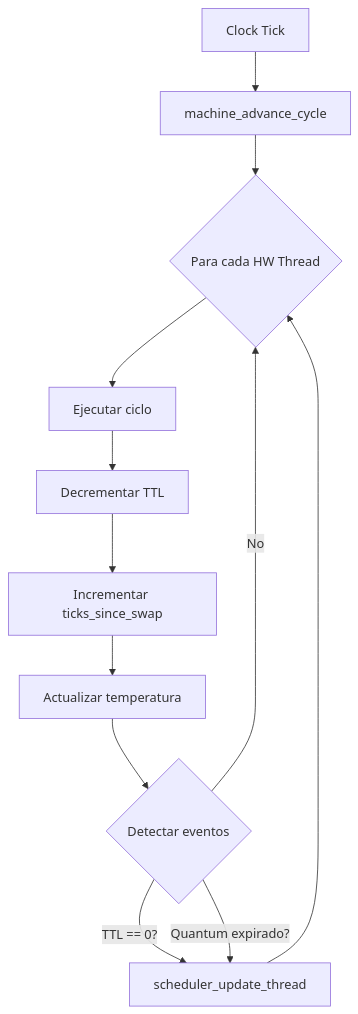
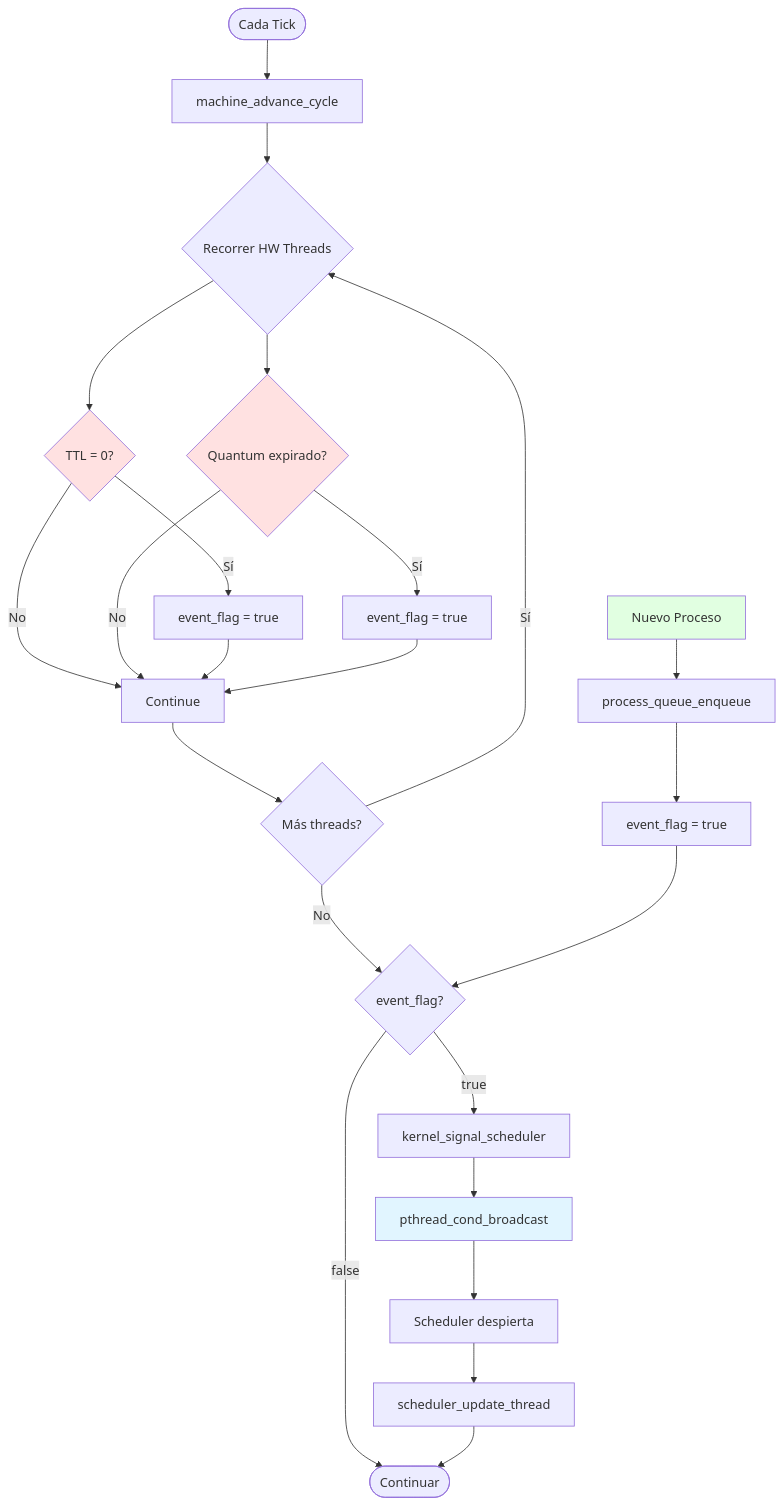
The first of 3 diagrams in docs/sections/02-parte2-scheduler.md (KingJorjai/churrOS), drawn with Mermaid before and after one commit. The commit also changed other lines of this file and 3 other files, not shown here.

````diff
--- a/docs/sections/02-parte2-scheduler.md
+++ b/docs/sections/02-parte2-scheduler.md
@@ -23,14 +17,36 @@
 ```{.mermaid format=pdf}
 flowchart TD
-    CT[Clock Tick] --> MAC[machine_advance_cycle]
-    MAC --> LOOP{Para cada HW Thread}
-    LOOP --> EXEC[Ejecutar ciclo]
-    EXEC --> DEC[Decrementar TTL]
-    DEC --> INC[Incrementar ticks_since_swap]
-    INC --> TEMP[Actualizar temperatura]
-    TEMP --> EVENT{Detectar eventos}
-    EVENT -->|TTL == 0?| SCHED[scheduler_update_thread]
-    EVENT -->|Quantum expirado?| SCHED
-    EVENT -->|No| LOOP
-    SCHED --> LOOP
+    Start([Cada Tick]) --> MAC[machine_advance_cycle]
+    
+    MAC --> CheckThreads{Recorrer HW Threads}
+    CheckThreads --> E1{TTL = 0?}
+    CheckThreads --> E2{Quantum expirado?}
+    
+    E1 -->|Sí| SetFlag1[event_flag = true]
+    E2 -->|Sí| SetFlag2[event_flag = true]
+    E1 -->|No| Continue
+    E2 -->|No| Continue
+    
+    SetFlag1 --> Continue
+    SetFlag2 --> Continue
+    Continue --> MoreThreads{Más threads?}
+    MoreThreads -->|Sí| CheckThreads
+    MoreThreads -->|No| CheckFlag{event_flag?}
+    
+    ProcGen[Nuevo Proceso] --> Enqueue[process_queue_enqueue]
+    Enqueue --> SetFlag3[event_flag = true]
+    SetFlag3 --> CheckFlag
+    
+    CheckFlag -->|true| Signal[kernel_signal_scheduler]
+    CheckFlag -->|false| End([Continuar])
+    
+    Signal --> Wake[pthread_cond_broadcast]
+    Wake --> SchedWake[Scheduler despierta]
+    SchedWake --> Update[scheduler_update_thread]
+    Update --> End
+    
+    style E1 fill:#ffe1e1
+    style E2 fill:#ffe1e1
+    style ProcGen fill:#e1ffe1
+    style Wake fill:#e1f5ff
 ```
````
